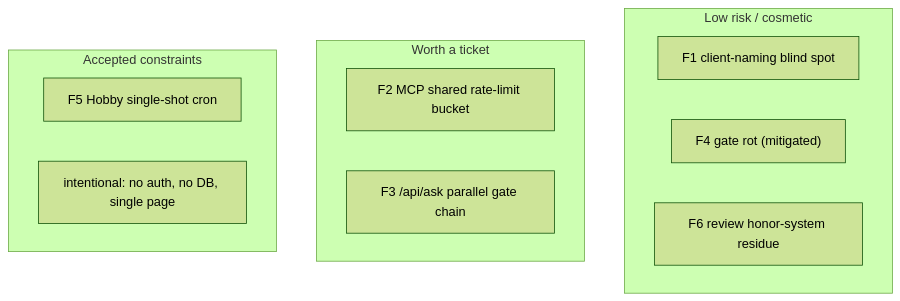
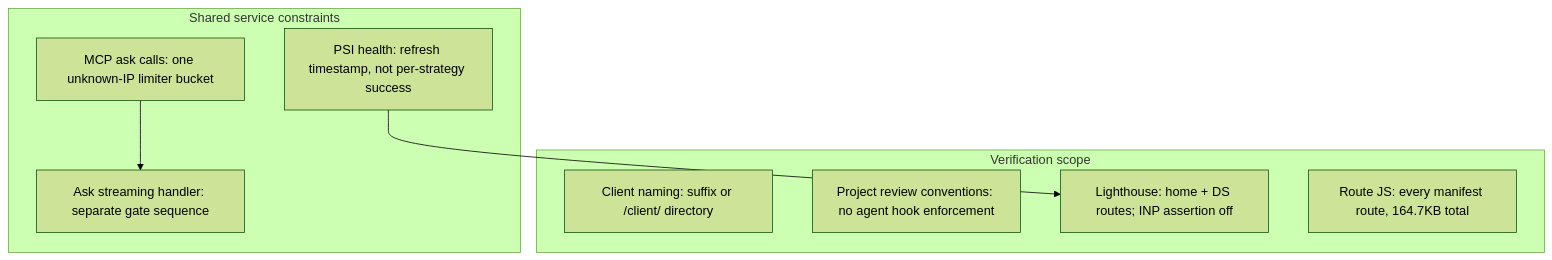
One commit to erikunha/portfolio changed the diagram in docs/10-findings-and-debt.md. Above: the diagram before and after it, drawn with Mermaid (forest theme). The commit also changed other lines of this file and 14 other files, not shown here.

First line of the commit message:
docs(architecture): redraw diagrams for the terminal-module homepage

````diff
--- a/docs/10-findings-and-debt.md
+++ b/docs/10-findings-and-debt.md
@@ -51,16 +37,16 @@
 ```mermaid
 flowchart TD
-    subgraph low["Low risk / cosmetic"]
-        f1["F1 client-naming blind spot"]
-        f4["F4 gate rot (mitigated)"]
-        f6["F6 review honor-system residue"]
+    subgraph shared["Shared service constraints"]
+        mcp["MCP ask calls: one unknown-IP limiter bucket"]
+        ask["Ask streaming handler: separate gate sequence"]
+        psi["PSI health: refresh timestamp, not per-strategy success"]
     end
-    subgraph med["Worth a ticket"]
-        f2["F2 MCP shared rate-limit bucket"]
-        f3["F3 /api/ask parallel gate chain"]
+    subgraph coverage["Verification scope"]
+        naming["Client naming: suffix or /client/ directory"]
+        hooks["Project review conventions: no agent hook enforcement"]
+        perf["Lighthouse: home + DS routes; INP assertion off"]
+        js["Route JS: every manifest route, 164.7KB total"]
     end
-    subgraph accepted["Accepted constraints"]
-        f5["F5 Hobby single-shot cron"]
-        plan["intentional: no auth, no DB, single page"]
-    end
+    mcp --> ask
+    psi --> perf
 ```
````
